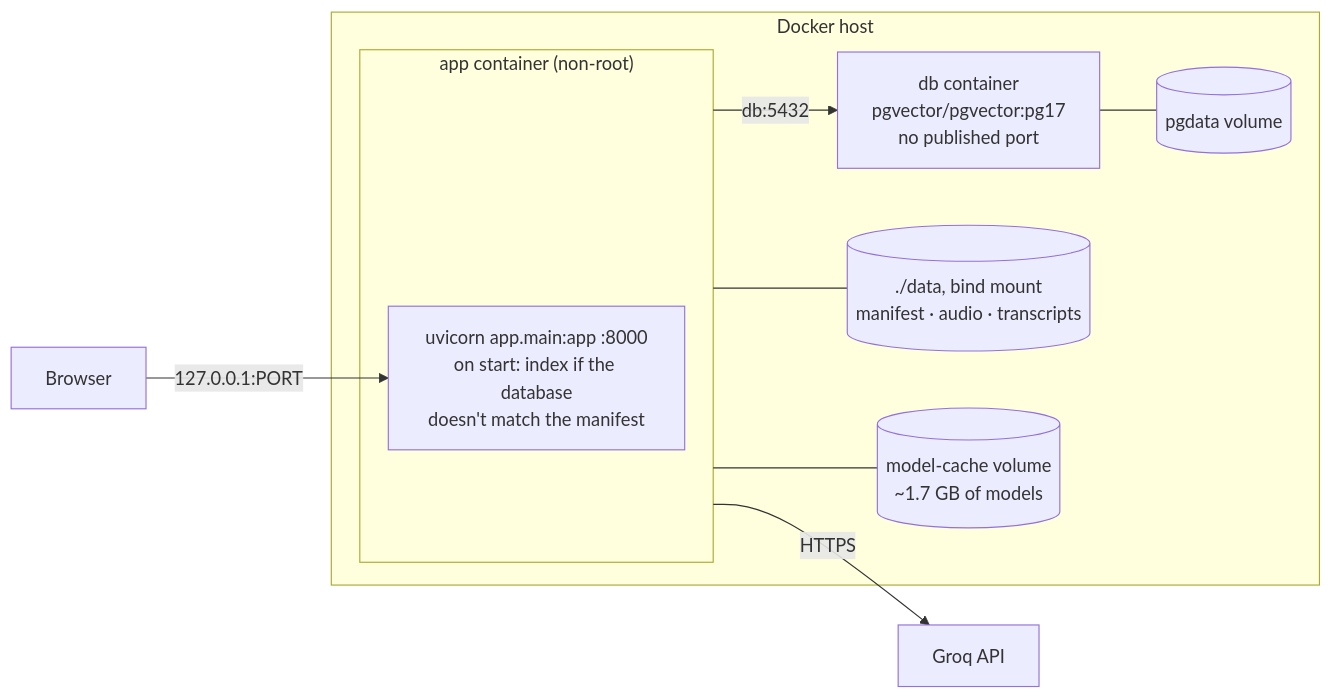
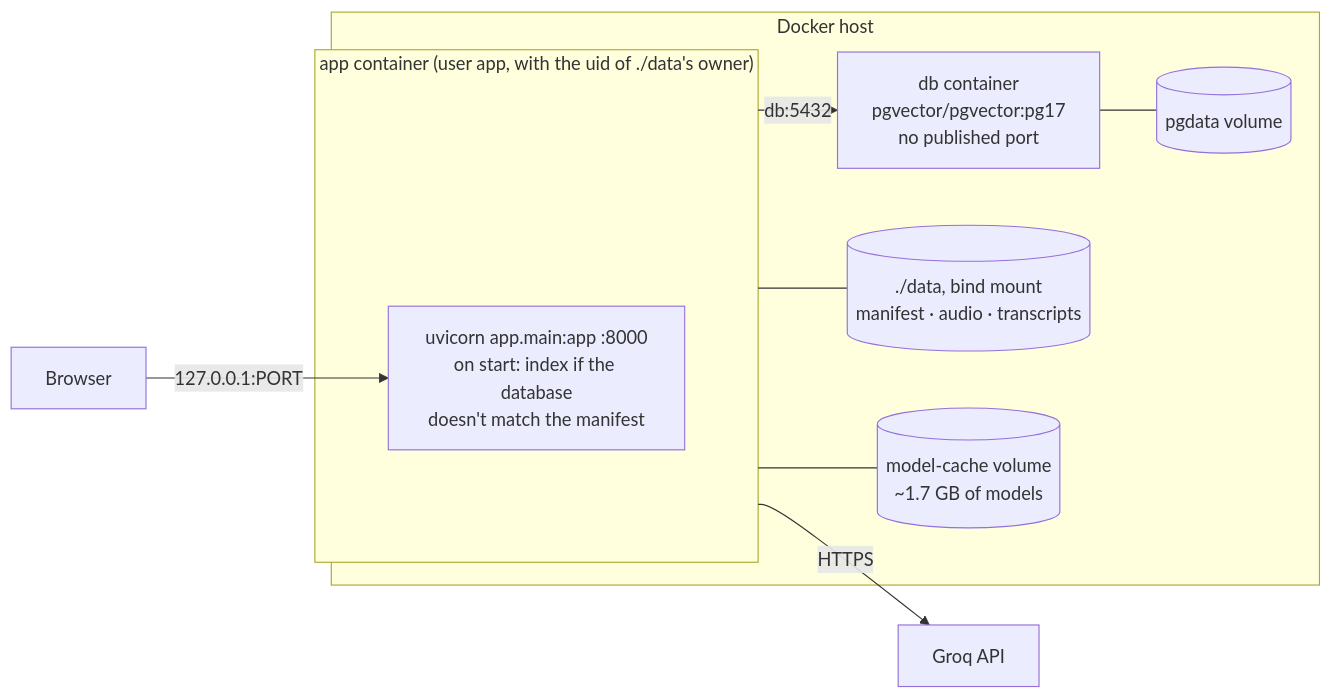
Before and after one commit to AniLeo-01/SonicSearch: the sixth of 6 diagrams in ARCHITECTURE.md, drawn with Mermaid. The commit also changed other lines of this file and 5 other files, not shown here.

First line of the commit message:
Let the Docker app write to a data/ folder owned by any user

````diff
--- a/ARCHITECTURE.md
+++ b/ARCHITECTURE.md
@@ -421,18 +424,18 @@
 ```mermaid
 flowchart LR
   BR["Browser"] -->|"127.0.0.1:PORT"| UV
   subgraph Host["Docker host"]
-    subgraph APP["app container (non-root)"]
+    subgraph APP["app container (user app, with the uid of ./data's owner)"]
       UV["uvicorn app.main:app :8000<br/>on start: index if the database<br/>doesn't match the manifest"]
     end
     DB["db container<br/>pgvector/pgvector:pg17<br/>no published port"]
     D1[("./data, bind mount<br/>manifest · audio · transcripts")]
     V1[("model-cache volume<br/>~1.7 GB of models")]
     V2[("pgdata volume")]
   end
   APP -->|"db:5432"| DB
   APP --- D1
   APP --- V1
   DB --- V2
   APP -->|HTTPS| GROQ["Groq API"]
 ```
````
